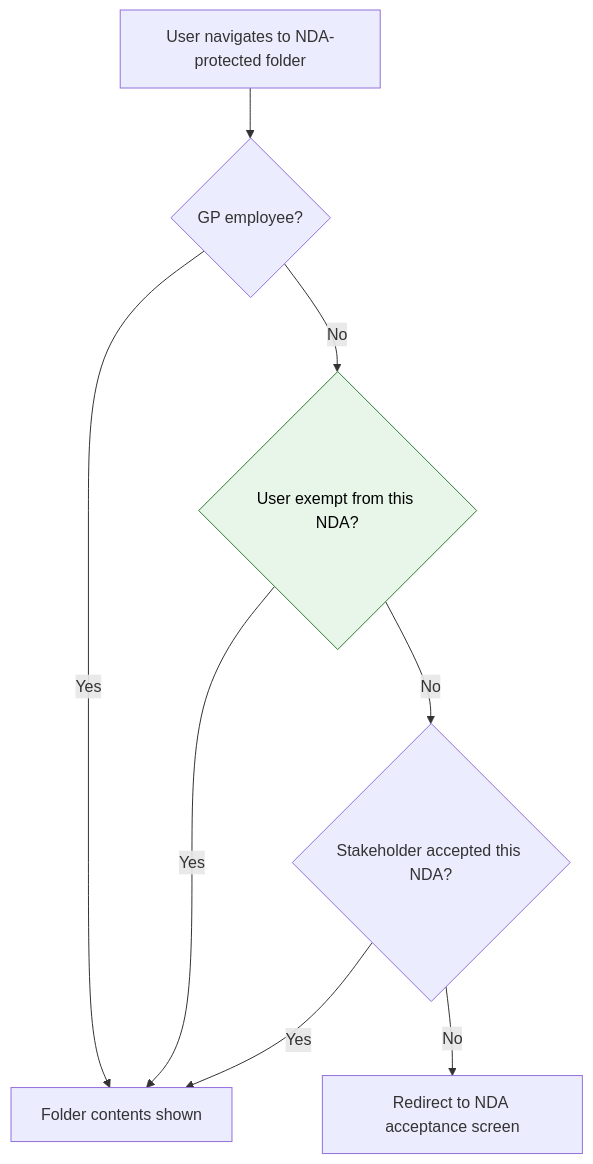
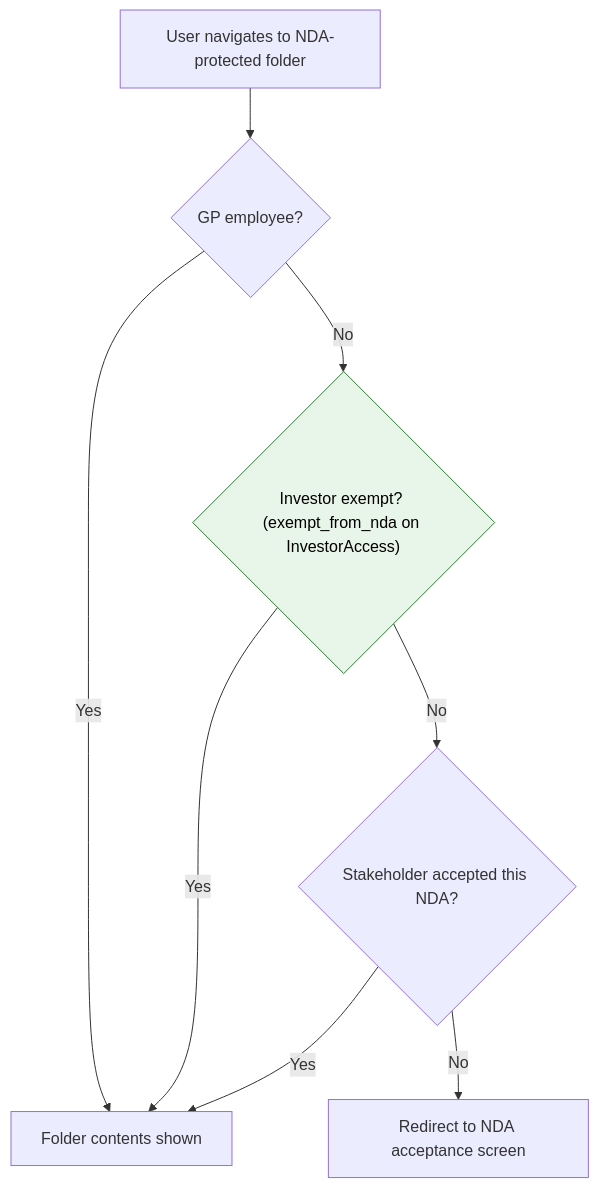
Before and after one commit to sampadadiwan/IRM_CompanyMain: the third of 3 diagrams in openspec/changes/nda-data-room-module-3-gp-dashboard/proposal.md, drawn with Mermaid. The commit also changed other lines of this file and 22 other files, not shown here.

````diff
--- a/openspec/changes/nda-data-room-module-3-gp-dashboard/proposal.md
+++ b/openspec/changes/nda-data-room-module-3-gp-dashboard/proposal.md
@@ -54,12 +54,12 @@
 ```mermaid
 flowchart TD
     A["User navigates to NDA-protected folder"] --> B{"GP employee?"}
     B -- Yes --> C["Folder contents shown"]
-    B -- No --> D{"User exempt from this NDA?"}
+    B -- No --> D{"Investor exempt? (exempt_from_nda on InvestorAccess)"}
     D -- Yes --> C
     D -- No --> E{"Stakeholder accepted this NDA?"}
     E -- Yes --> C
     E -- No --> F["Redirect to NDA acceptance screen"]
     classDef new fill:#e8f5e9,stroke:#2e7d32,color:#000
     class D new
 ```
````
